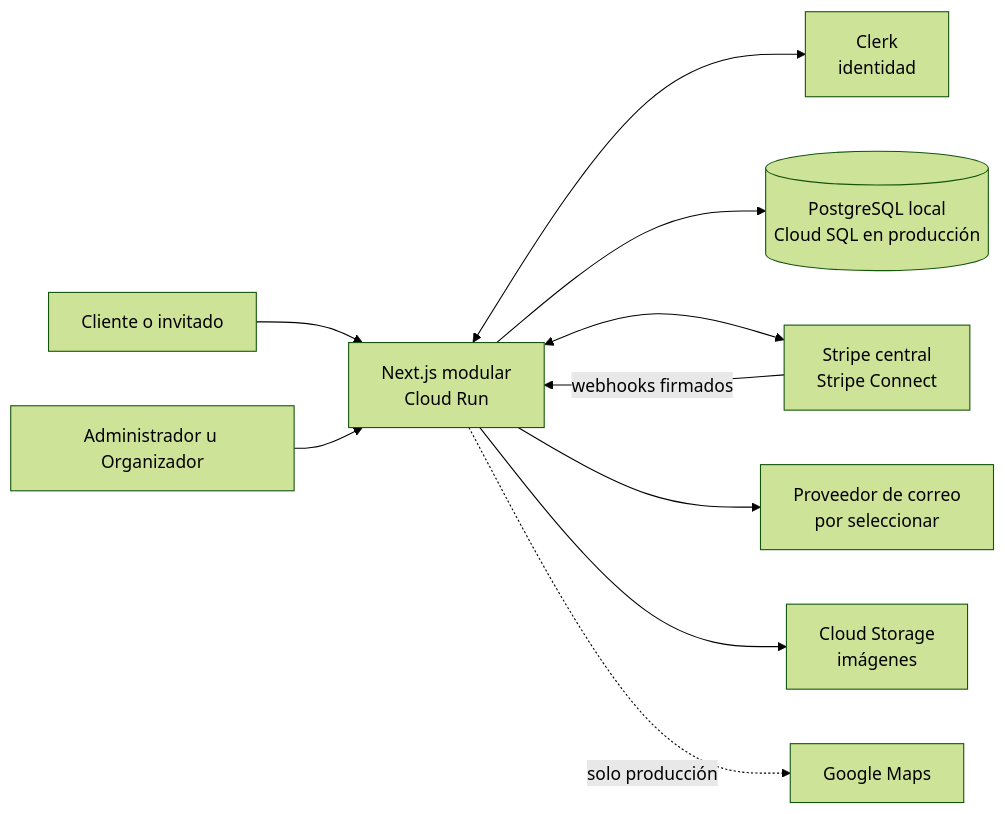
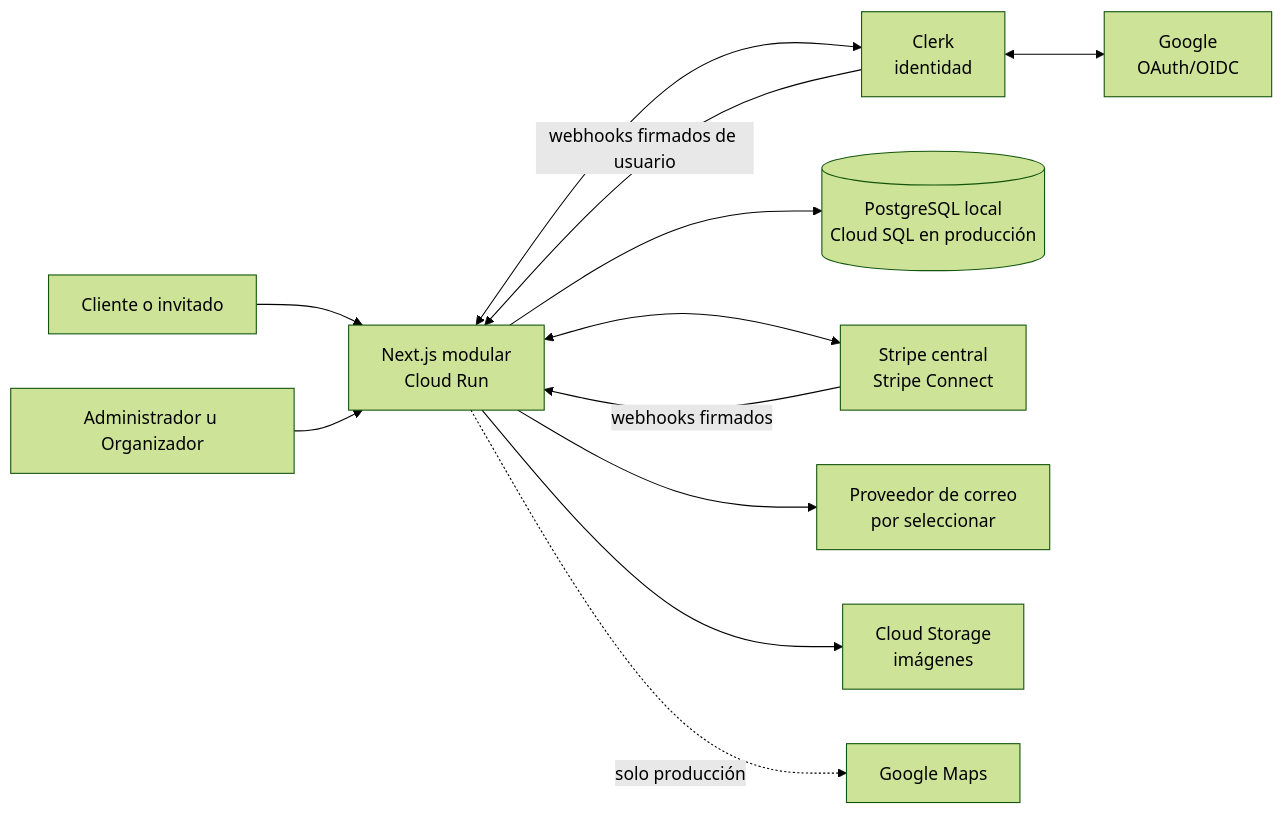
One commit to enrrey/ticketera-app changed the first of 2 diagrams in docs/specs/ticketing-system-design/spec.md. Above: the diagram before and after it, drawn with Mermaid (forest theme). The commit also changed other lines of this file and 5 other files, not shown here.

````diff
--- a/docs/specs/ticketing-system-design/spec.md
+++ b/docs/specs/ticketing-system-design/spec.md
@@ -87,12 +88,14 @@
 ```mermaid
 flowchart LR
   Customer[Cliente o invitado] --> Web[Next.js modular<br/>Cloud Run]
   Staff[Administrador u Organizador] --> Web
   Web <--> Clerk[Clerk<br/>identidad]
+  Clerk <--> GoogleAuth[Google<br/>OAuth/OIDC]
+  Clerk -->|webhooks firmados de usuario| Web
   Web --> DB[(PostgreSQL local<br/>Cloud SQL en producción)]
   Web <--> Stripe[Stripe central<br/>Stripe Connect]
   Stripe -->|webhooks firmados| Web
   Web --> Mail[Proveedor de correo<br/>por seleccionar]
   Web --> Storage[Cloud Storage<br/>imágenes]
   Web -. solo producción .-> Maps[Google Maps]
 ```
````
